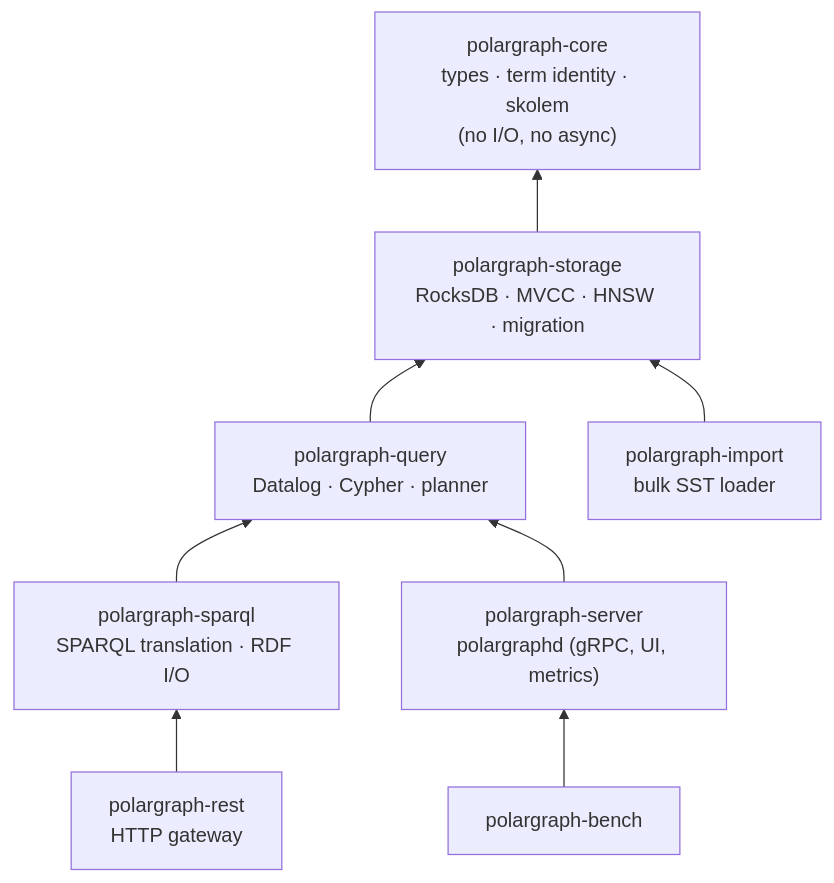
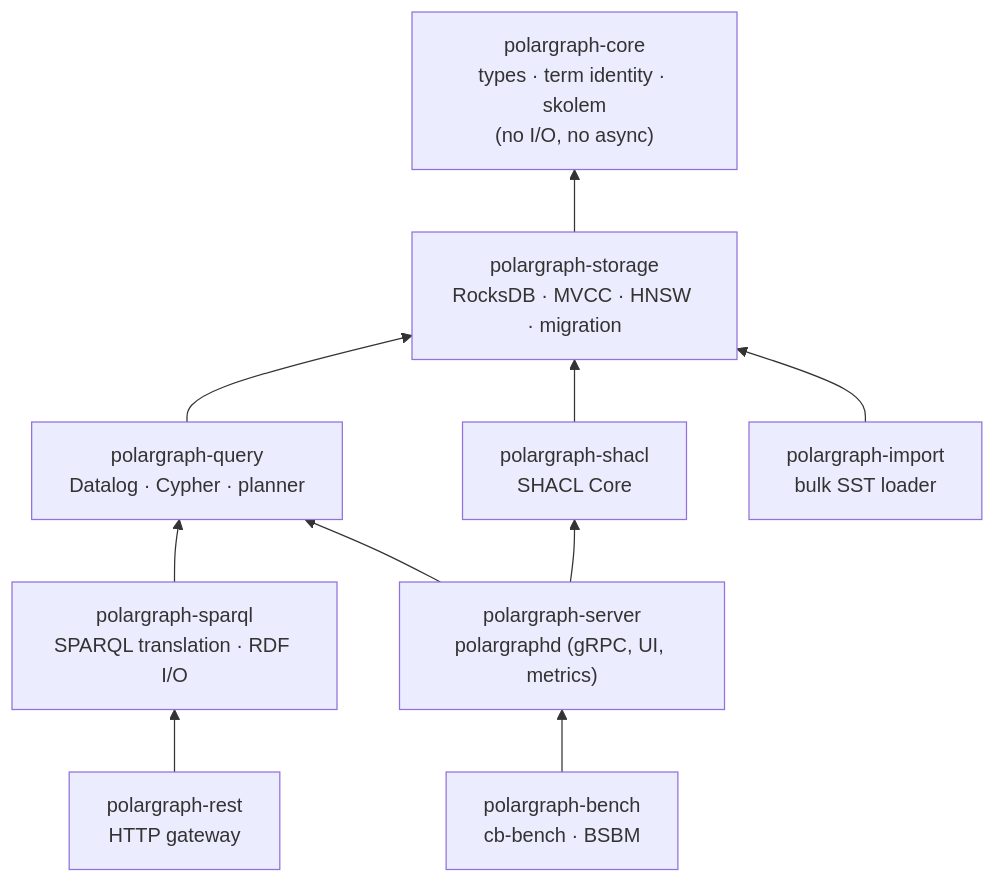
One commit to devcairn/polargraph changed the second of 16 diagrams in docs/architecture.md. Above: the diagram before and after it, drawn with Mermaid. The commit also changed other lines of this file and 16 other files, not shown here.

````diff
--- a/docs/architecture.md
+++ b/docs/architecture.md
@@ -52,11 +56,13 @@
 ```mermaid
 flowchart BT
     core["polargraph-core<br/>types · term identity · skolem<br/>(no I/O, no async)"]
     storage["polargraph-storage<br/>RocksDB · MVCC · HNSW · migration"] --> core
     query["polargraph-query<br/>Datalog · Cypher · planner"] --> storage
     sparql["polargraph-sparql<br/>SPARQL translation · RDF I/O"] --> query
     server["polargraph-server<br/>polargraphd (gRPC, UI, metrics)"] --> query
+    shacl["polargraph-shacl<br/>SHACL Core"] --> storage
+    server --> shacl
     rest["polargraph-rest<br/>HTTP gateway"] --> sparql
     importer["polargraph-import<br/>bulk SST loader"] --> storage
-    bench["polargraph-bench"] --> server
+    bench["polargraph-bench<br/>cb-bench · BSBM"] --> server
 ```
````
